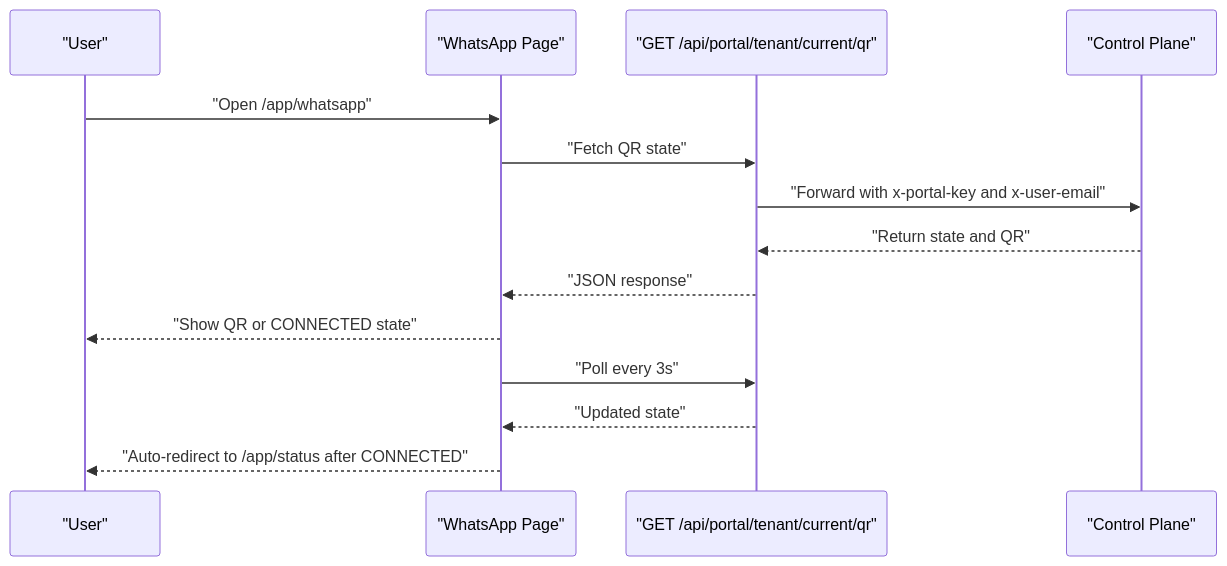
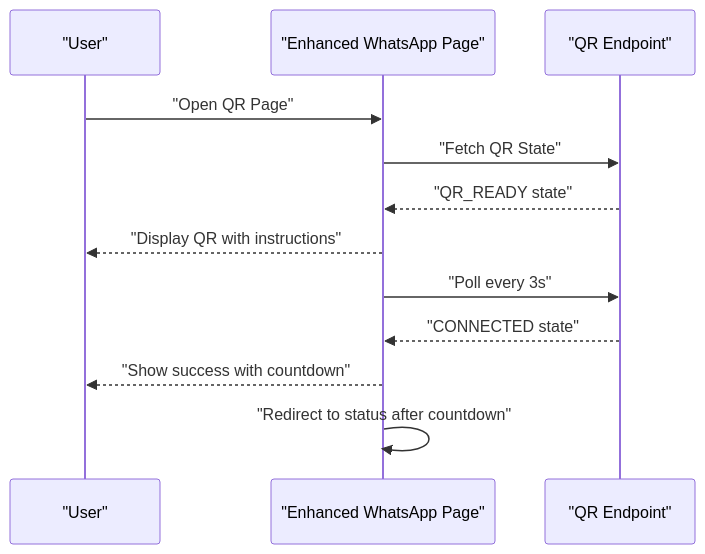
One commit to askchiwa-spec/FLOW-HQ-BOT changed the eighth of 9 diagrams in .qoder/repowiki/en/content/Frontend Application/Portal Interface.md. Above: the diagram before and after it, drawn with Mermaid. The commit also changed other lines of this file and 69 other files, not shown here.

````diff
--- a/.qoder/repowiki/en/content/Frontend Application/Portal Interface.md
+++ b/.qoder/repowiki/en/content/Frontend Application/Portal Interface.md
@@ -282,16 +315,14 @@
 ```mermaid
 sequenceDiagram
 participant U as "User"
-participant W as "WhatsApp Page"
-participant API as "GET /api/portal/tenant/current/qr"
-participant CP as "Control Plane"
-U->>W : "Open /app/whatsapp"
-W->>API : "Fetch QR state"
-API->>CP : "Forward with x-portal-key and x-user-email"
-CP-->>API : "Return state and QR"
-API-->>W : "JSON response"
-W-->>U : "Show QR or CONNECTED state"
+participant W as "Enhanced WhatsApp Page"
+participant API as "QR Endpoint"
+U->>W : "Open QR Page"
+W->>API : "Fetch QR State"
+API-->>W : "QR_READY state"
+W-->>U : "Display QR with instructions"
 W->>API : "Poll every 3s"
-API-->>W : "Updated state"
-W-->>U : "Auto-redirect to /app/status after CONNECTED"
+API-->>W : "CONNECTED state"
+W-->>U : "Show success with countdown"
+W->>W : "Redirect to status after countdown"
 ```
````
